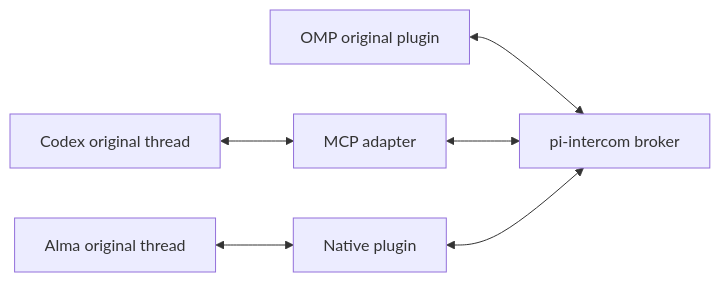
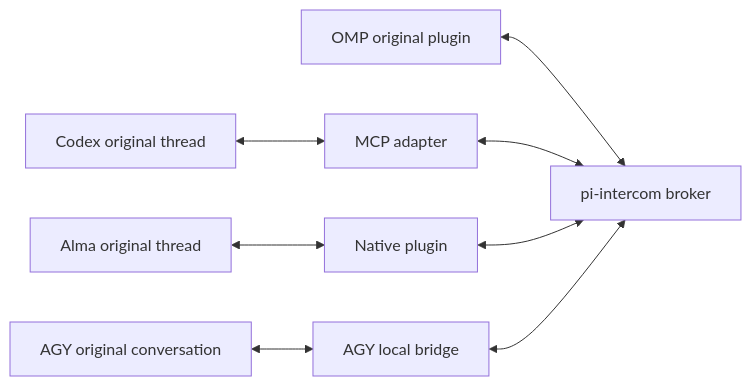
One commit to 982945902/agent-intercom changed the diagram in README.md. Above: the diagram before and after it, drawn with Mermaid. The commit also changed other lines of this file and 7 other files, not shown here.

Commit message:
feat: add Antigravity (AGY) native Intercom bridge and installer target

````diff
--- a/README.md
+++ b/README.md
@@ -5,8 +5,10 @@
 ```mermaid
 flowchart LR
   OMP["OMP original plugin"] <--> Broker["pi-intercom broker"]
   Codex["Codex original thread"] <--> MCP["MCP adapter"]
   MCP <--> Broker
   Alma["Alma original thread"] <--> Native["Native plugin"]
   Native <--> Broker
+  AGY["AGY original conversation"] <--> AgyDaemon["AGY local bridge"]
+  AgyDaemon <--> Broker
 ```
````
